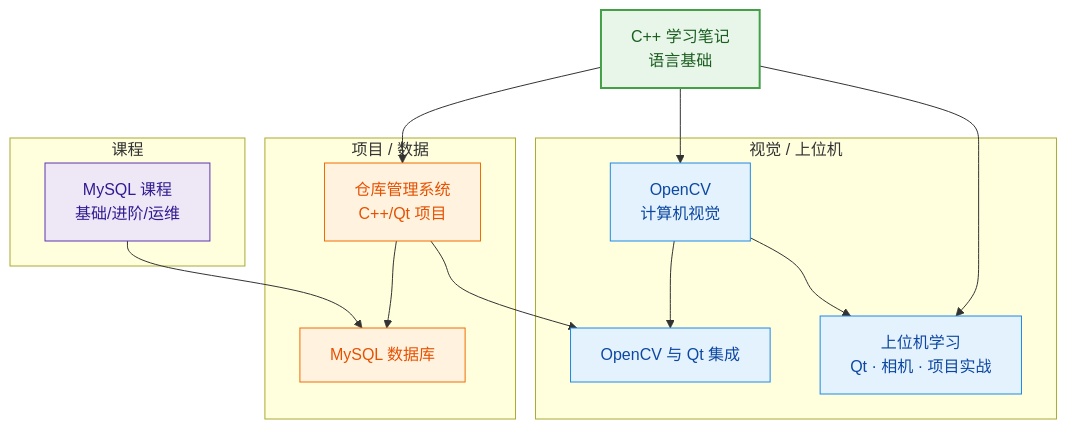
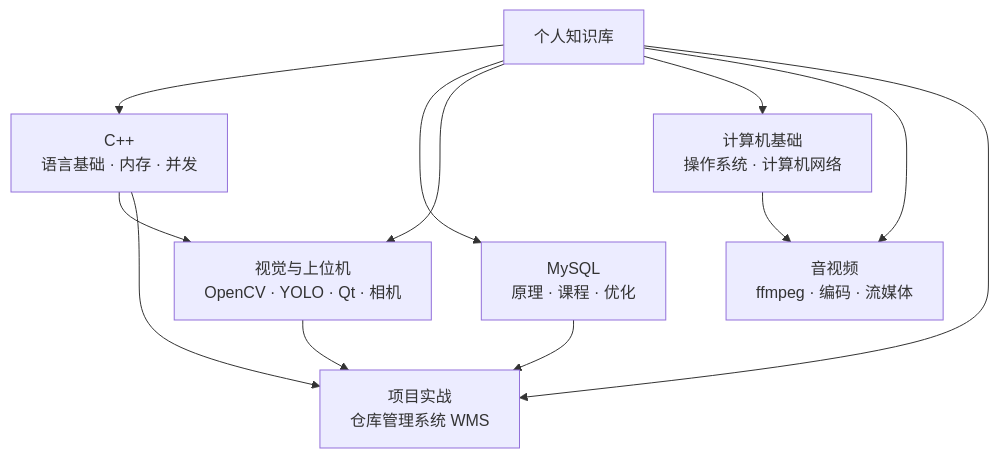
One commit to fanyu99/MyNote changed the diagram in README.md. Above: the diagram before and after it, drawn with Mermaid. The commit also changed other lines of this file and 606 other files, not shown here.

````diff
--- a/README.md
+++ b/README.md
@@ -10,35 +21,17 @@
 ```mermaid
 flowchart TD
-    A["C++ 学习笔记<br/>语言基础"]
+    ROOT["个人知识库"]
 
-    subgraph VISION["视觉 / 上位机"]
-        B["OpenCV<br/>计算机视觉"]
-        D["OpenCV 与 Qt 集成"]
-        G["上位机学习<br/>Qt · 相机 · 项目实战"]
-    end
-    subgraph PROJECT["项目 / 数据"]
-        C["仓库管理系统<br/>C++/Qt 项目"]
-        E["MySQL 数据库"]
-    end
-    subgraph COURSE["课程"]
-        F["MySQL 课程<br/>基础/进阶/运维"]
-    end
+    ROOT --> A["C++<br/>语言基础 · 内存 · 并发"]
+    ROOT --> B["MySQL<br/>原理 · 课程 · 优化"]
+    ROOT --> C["视觉与上位机<br/>OpenCV · YOLO · Qt · 相机"]
+    ROOT --> D["计算机基础<br/>操作系统 · 计算机网络"]
+    ROOT --> E["音视频<br/>ffmpeg · 编码 · 流媒体"]
+    ROOT --> F["项目实战<br/>仓库管理系统 WMS"]
 
-    A --> B
     A --> C
-    A --> G
-    B --> D
-    B --> G
-    C --> D
-    C --> E
-    F --> E
-
-    classDef base fill:#e8f5e9,stroke:#43a047,stroke-width:2px,color:#1b5e20;
-    classDef mid fill:#e3f2fd,stroke:#1e88e5,color:#0d47a1;
-    classDef proj fill:#fff3e0,stroke:#ef6c00,color:#e65100;
-    classDef course fill:#ede7f6,stroke:#5e35b1,color:#311b92;
-    class A base;
-    class B,D,G mid;
-    class C,E proj;
-    class F course;
+    A --> F
+    B --> F
+    C --> F
+    D --> E
 ```
````
